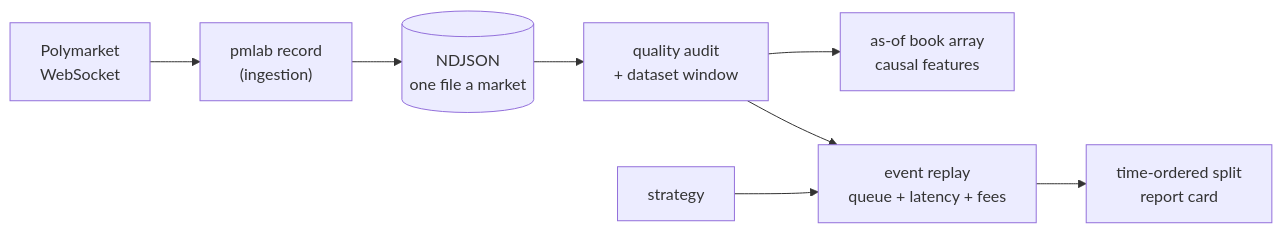
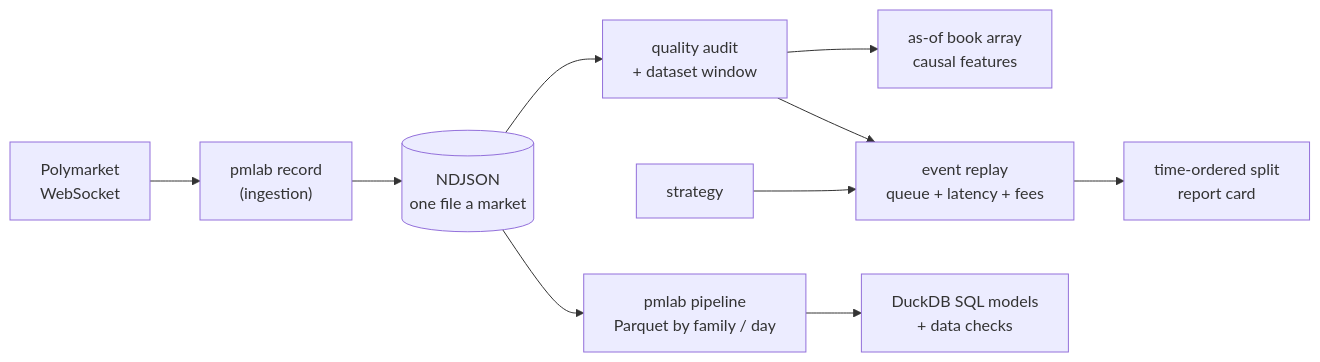
Before and after one commit to noocklasss/polymarket-microstructure: the diagram in README.md, drawn with Mermaid. The commit also changed other lines of this file and 19 other files, not shown here.

Commit message:
Add data pipeline: incremental Parquet extract, DuckDB SQL models and SQL data checks

````diff
--- a/README.md
+++ b/README.md
@@ -17,10 +17,12 @@
 ```mermaid
 flowchart LR
     WS["Polymarket<br>WebSocket"] --> R["pmlab record<br>(ingestion)"]
     R --> F[("NDJSON<br>one file a market")]
     F --> Q["quality audit<br>+ dataset window"]
     Q --> L["as-of book array<br>causal features"]
     Q --> E["event replay<br>queue + latency + fees"]
     S["strategy"] --> E
     E --> C["time-ordered split<br>report card"]
+    F --> P["pmlab pipeline<br>Parquet by family / day"]
+    P --> D["DuckDB SQL models<br>+ data checks"]
 ```
````
